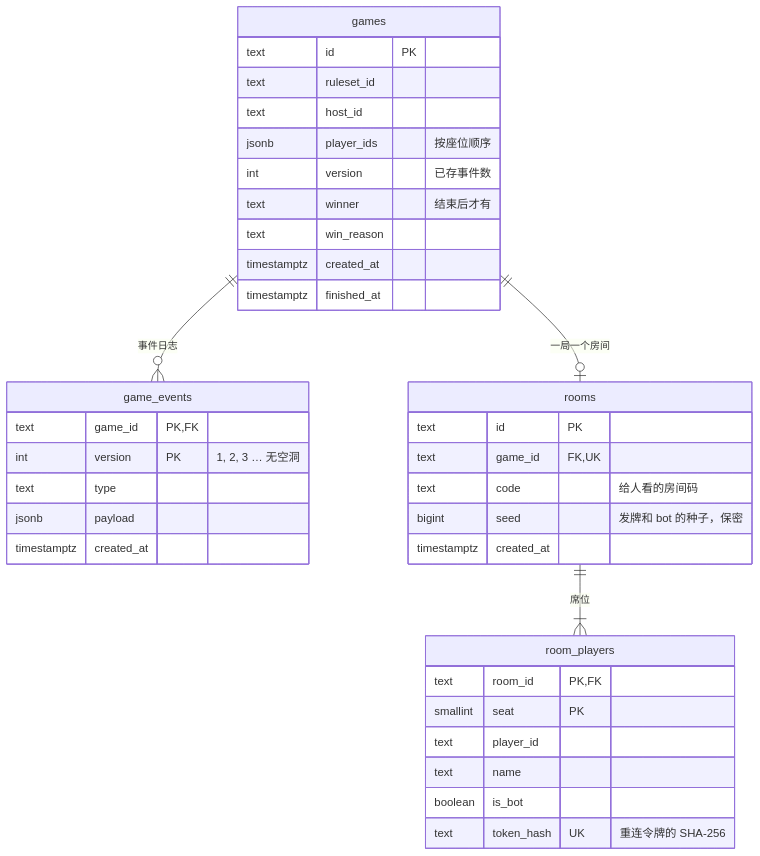
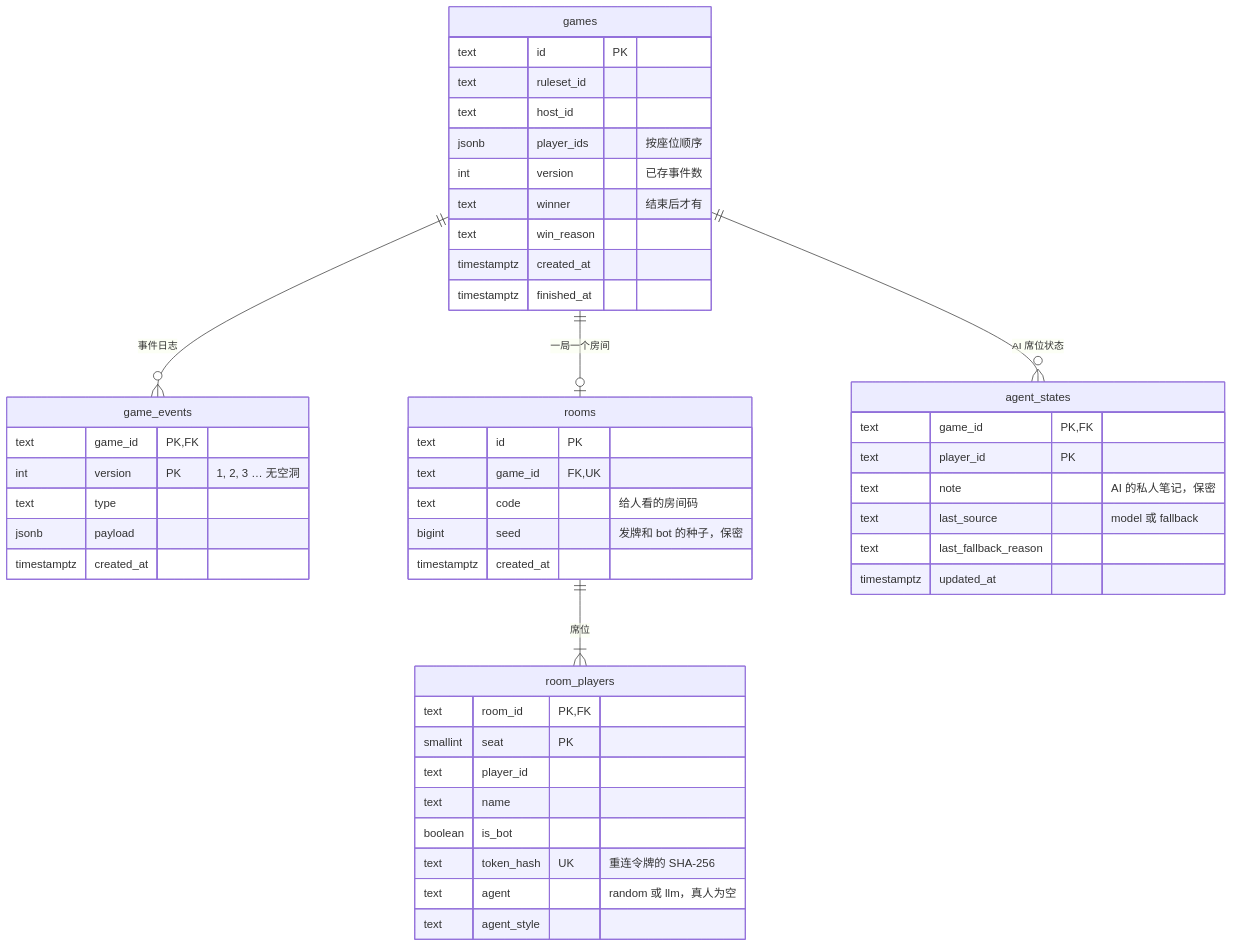
One commit to Adamchen566/GameMaster changed the diagram in docs/database.md. Above: the diagram before and after it, drawn with Mermaid. The commit also changed other lines of this file and 36 other files, not shown here.

````diff
--- a/docs/database.md
+++ b/docs/database.md
@@ -16,40 +16,51 @@
 ```mermaid
 erDiagram
     games ||--o{ game_events : "事件日志"
     games ||--o| rooms : "一局一个房间"
     rooms ||--|{ room_players : "席位"
 
     games {
         text id PK
         text ruleset_id
         text host_id
         jsonb player_ids "按座位顺序"
         int version "已存事件数"
         text winner "结束后才有"
         text win_reason
         timestamptz created_at
         timestamptz finished_at
     }
     game_events {
         text game_id PK, FK
         int version PK "1, 2, 3 … 无空洞"
         text type
         jsonb payload
         timestamptz created_at
     }
     rooms {
         text id PK
         text game_id FK, UK
         text code "给人看的房间码"
         bigint seed "发牌和 bot 的种子，保密"
         timestamptz created_at
     }
     room_players {
         text room_id PK, FK
         smallint seat PK
         text player_id
         text name
         boolean is_bot
         text token_hash UK "重连令牌的 SHA-256"
+        text agent "random 或 llm，真人为空"
+        text agent_style
     }
+    agent_states {
+        text game_id PK, FK
+        text player_id PK
+        text note "AI 的私人笔记，保密"
+        text last_source "model 或 fallback"
+        text last_fallback_reason
+        timestamptz updated_at
+    }
+    games ||--o{ agent_states : "AI 席位状态"
 ```
````
